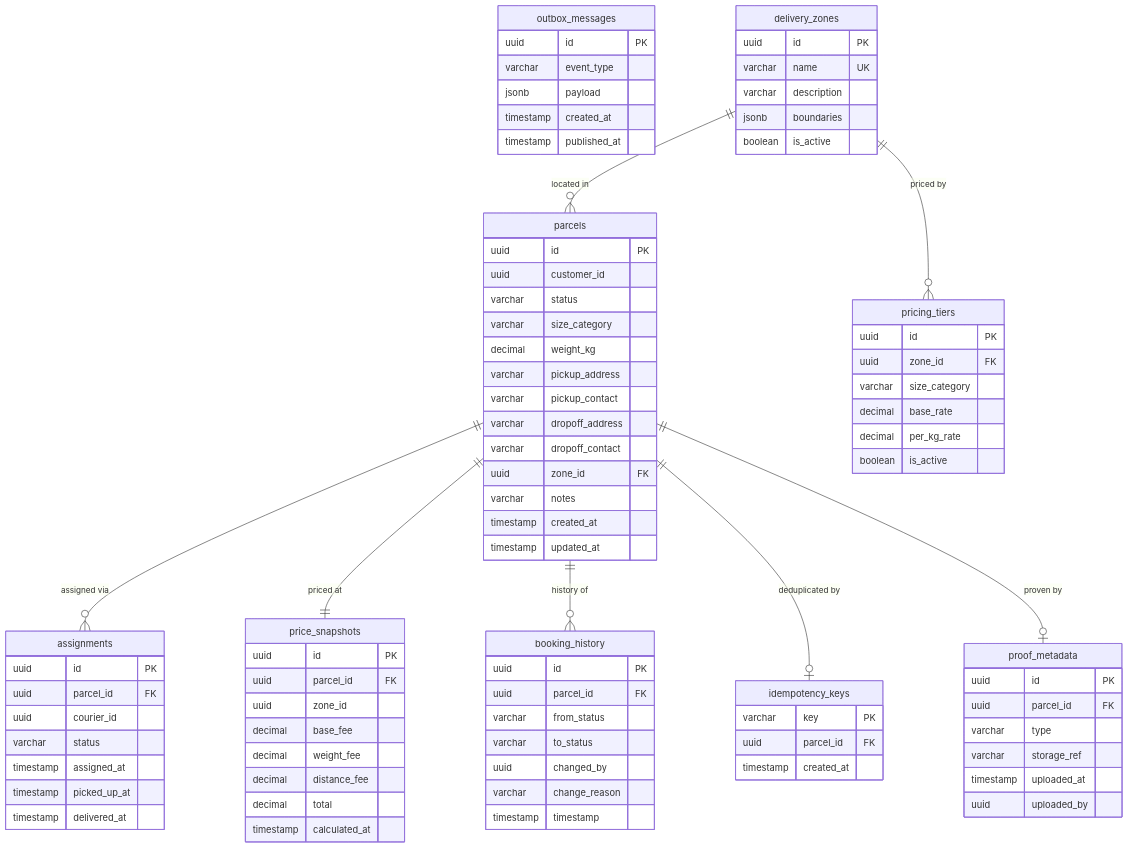
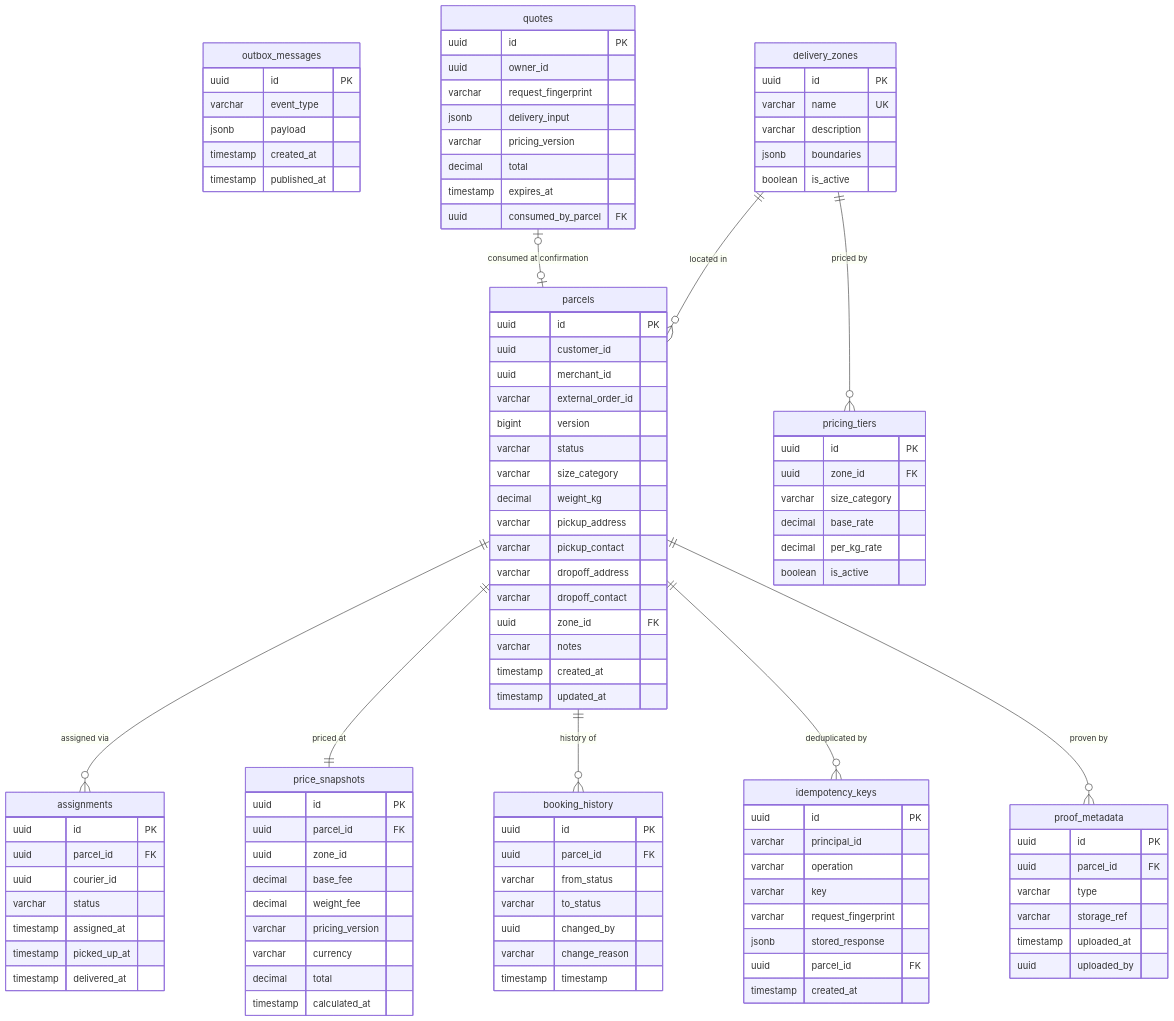
The second of 7 diagrams in design/diagrams/er/README.md (SwiftDrop-Group09/swiftdrop-docs), drawn with Mermaid before and after one commit. The commit also changed other lines of this file and 56 other files, not shown here.

Commit message:
docs: revise and export required workflow diagrams

````diff
--- a/design/diagrams/er/README.md
+++ b/design/diagrams/er/README.md
@@ -88,6 +89,9 @@
     parcels {
         uuid id PK
         uuid customer_id
+        uuid merchant_id
+        varchar external_order_id
+        bigint version
         varchar status
         varchar size_category
         decimal weight_kg
@@ -117,7 +121,8 @@
         uuid zone_id
         decimal base_fee
         decimal weight_fee
-        decimal distance_fee
+        varchar pricing_version
+        varchar currency
         decimal total
         timestamp calculated_at
     }
@@ -133,7 +138,12 @@
     }
 
     idempotency_keys {
-        varchar key PK
+        uuid id PK
+        varchar principal_id
+        varchar operation
+        varchar key
+        varchar request_fingerprint
+        jsonb stored_response
         uuid parcel_id FK
         timestamp created_at
     }
@@ -172,11 +182,23 @@
         boolean is_active
     }
 
+    quotes {
+        uuid id PK
+        uuid owner_id
+        varchar request_fingerprint
+        jsonb delivery_input
+        varchar pricing_version
+        decimal total
+        timestamp expires_at
+        uuid consumed_by_parcel FK
+    }
+
     parcels ||--o{ assignments : "assigned via"
     parcels ||--|| price_snapshots : "priced at"
     parcels ||--o{ booking_history : "history of"
-    parcels ||--o| idempotency_keys : "deduplicated by"
-    parcels ||--o| proof_metadata : "proven by"
+    parcels ||--o{ idempotency_keys : "deduplicated by"
+    parcels ||--o{ proof_metadata : "proven by"
+    quotes o|--o| parcels : "consumed at confirmation"
     delivery_zones ||--o{ parcels : "located in"
     delivery_zones ||--o{ pricing_tiers : "priced by"
 ```
````
